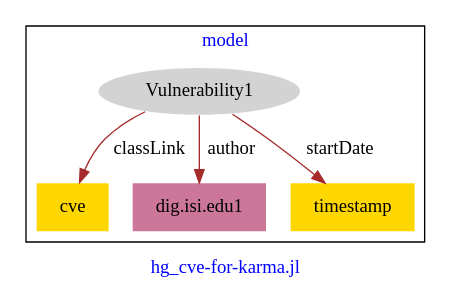
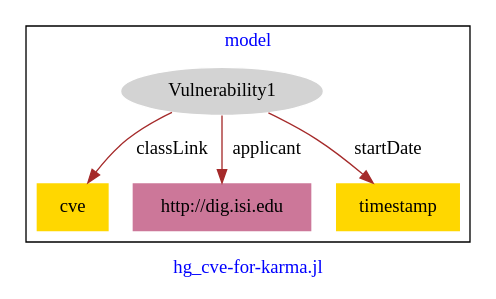
Before and after one commit to dkapoor/karma-models: the diagram in hg-cve/hg_cve-for-karma.jl-model.dot, drawn with Graphviz.

Commit message:
Update file hg_cve-for-karma.jl-model.dot

```diff
--- a/hg-cve/hg_cve-for-karma.jl-model.dot
+++ b/hg-cve/hg_cve-for-karma.jl-model.dot
@@ -1,15 +1,15 @@
 digraph n0 {
 fontcolor="blue"
 remincross="true"
 label="hg_cve-for-karma.jl"
 subgraph cluster {
 label="model"
 n2[style="filled",color="white",fillcolor="lightgray",label="Vulnerability1"];
 n3[shape="plaintext",style="filled",fillcolor="gold",label="cve"];
-n4[shape="plaintext",style="filled",fillcolor="#CC7799",label="dig.isi.edu1"];
+n4[shape="plaintext",style="filled",fillcolor="#CC7799",label="http://dig.isi.edu"];
 n5[shape="plaintext",style="filled",fillcolor="gold",label="timestamp"];
 }
 n2 -> n3[color="brown",fontcolor="black",label="classLink"]
-n2 -> n4[color="brown",fontcolor="black",label="author"]
+n2 -> n4[color="brown",fontcolor="black",label="applicant"]
 n2 -> n5[color="brown",fontcolor="black",label="startDate"]
 }
```
